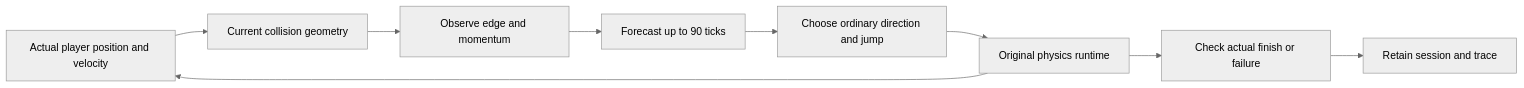
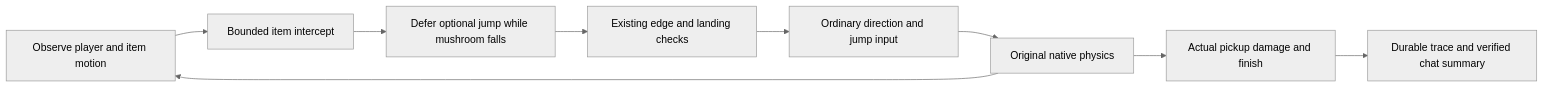
The diagram in README.md (eyeoverthink/Fraynix-Agent-Workspace), drawn with Mermaid (neutral theme) before and after one commit. The commit also changed other lines of this file and 511 other files, not shown here.

````diff
--- a/README.md
+++ b/README.md
@@ -57,11 +69,11 @@
 ```mermaid
 flowchart LR
-    O[Actual player position and velocity] --> G[Current collision geometry]
-    G --> E[Observe edge and momentum]
-    E --> F[Forecast up to 90 ticks]
-    F --> C[Choose ordinary direction and jump]
-    C --> P[Original physics runtime]
+    O[Observe player and item motion] --> I[Bounded item intercept]
+    I --> J[Defer optional jump while mushroom falls]
+    J --> E[Existing edge and landing checks]
+    E --> A[Ordinary direction and jump input]
+    A --> P[Original native physics]
     P --> O
-    P --> V[Check actual finish or failure]
-    V --> H[Retain session and trace]
+    P --> V[Actual pickup damage and finish]
+    V --> T[Durable trace and verified chat summary]
 ```
````
